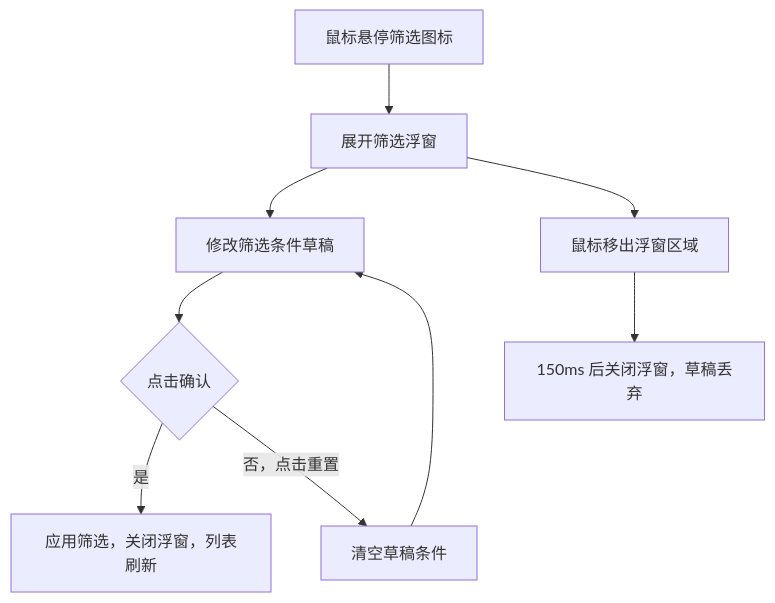
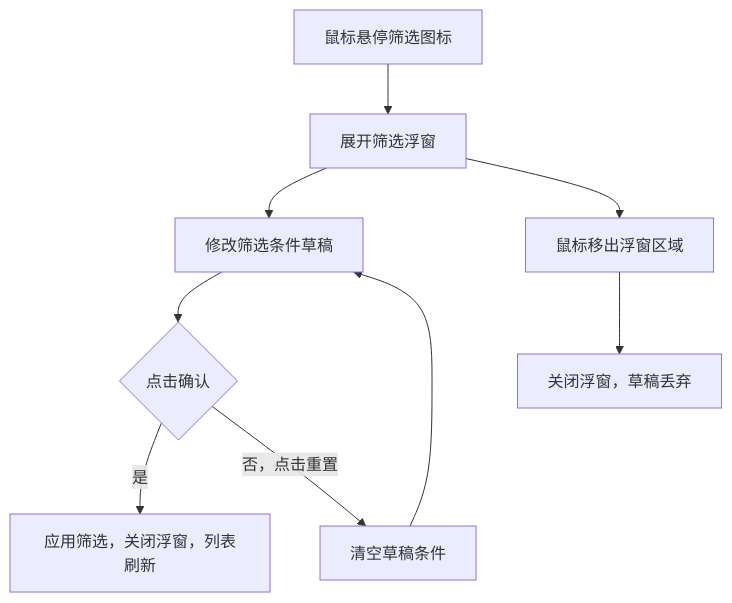
The second of 2 diagrams in docs/PRD-在线会话筛选.md (goeye/twt), drawn with Mermaid before and after one commit. The commit also changed other lines of this file and 8 other files, not shown here.

````diff
--- a/docs/PRD-在线会话筛选.md
+++ b/docs/PRD-在线会话筛选.md
@@ -60,11 +55,11 @@
 ```mermaid
 flowchart TD
   A[鼠标悬停筛选图标] --> B[展开筛选浮窗]
   B --> C[修改筛选条件草稿]
   C --> D{点击确认}
   D -->|是| E[应用筛选，关闭浮窗，列表刷新]
   D -->|否，点击重置| F[清空草稿条件]
   F --> C
   B --> G[鼠标移出浮窗区域]
-  G --> H[150ms 后关闭浮窗，草稿丢弃]
+  G --> H[关闭浮窗，草稿丢弃]
 ```
````
